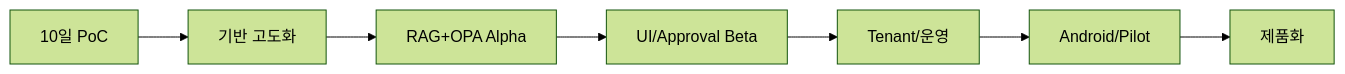
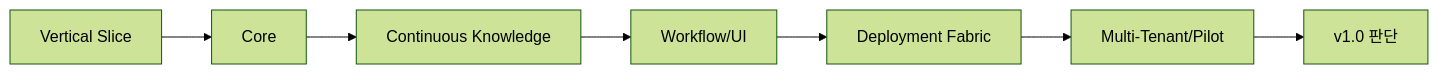
One commit to hori5000/Rulmera-OPA changed the diagram in rulmera-enterprise-knowledge/30-개발/02-6개월-개발로드맵.md. Above: the diagram before and after it, drawn with Mermaid (forest theme). The commit also changed other lines of this file and 38 other files, not shown here.

````diff
--- a/rulmera-enterprise-knowledge/30-개발/02-6개월-개발로드맵.md
+++ b/rulmera-enterprise-knowledge/30-개발/02-6개월-개발로드맵.md
@@ -52,9 +68,9 @@
 ```mermaid
 flowchart LR
-  P0[10일 PoC] --> P1[기반 고도화]
-  P1 --> P2[RAG+OPA Alpha]
-  P2 --> P3[UI/Approval Beta]
-  P3 --> P4[Tenant/운영]
-  P4 --> P5[Android/Pilot]
-  P5 --> P6[제품화]
+  P0[Vertical Slice] --> P1[Core]
+  P1 --> P2[Continuous Knowledge]
+  P2 --> P3[Workflow/UI]
+  P3 --> P4[Deployment Fabric]
+  P4 --> P5[Multi-Tenant/Pilot]
+  P5 --> P6[v1.0 판단]
 ```
````
